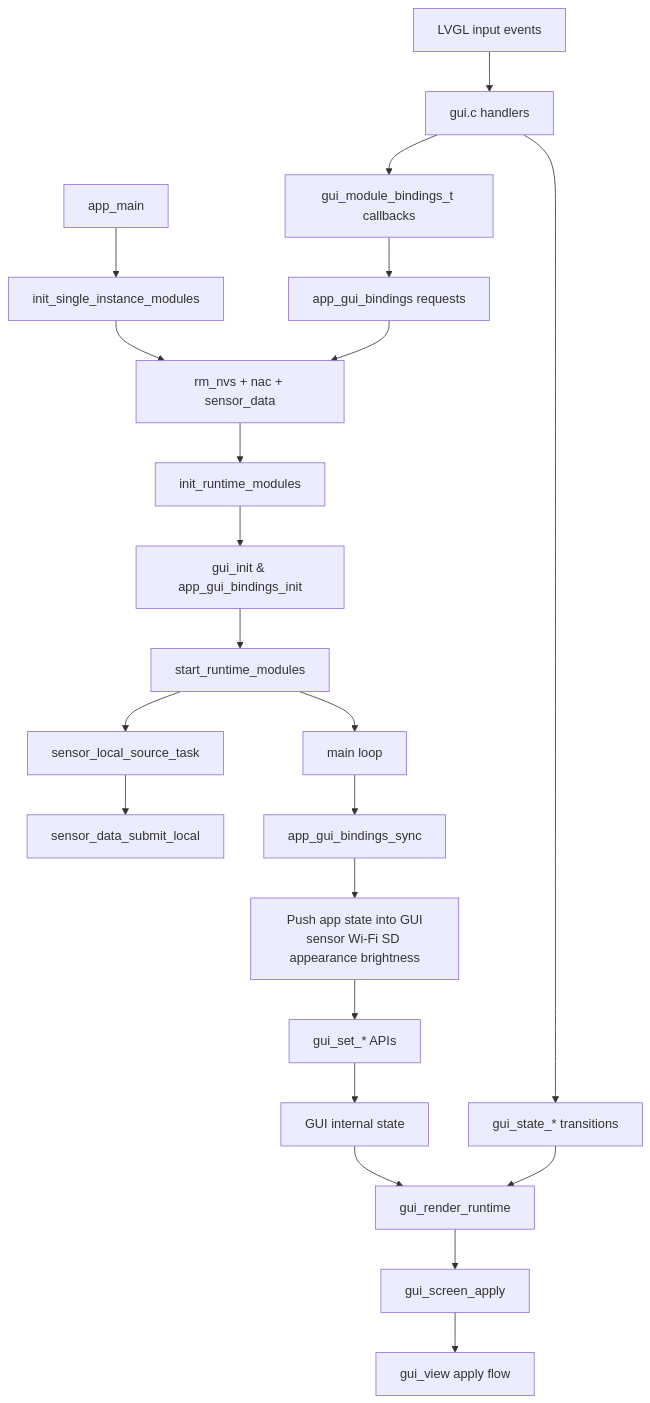
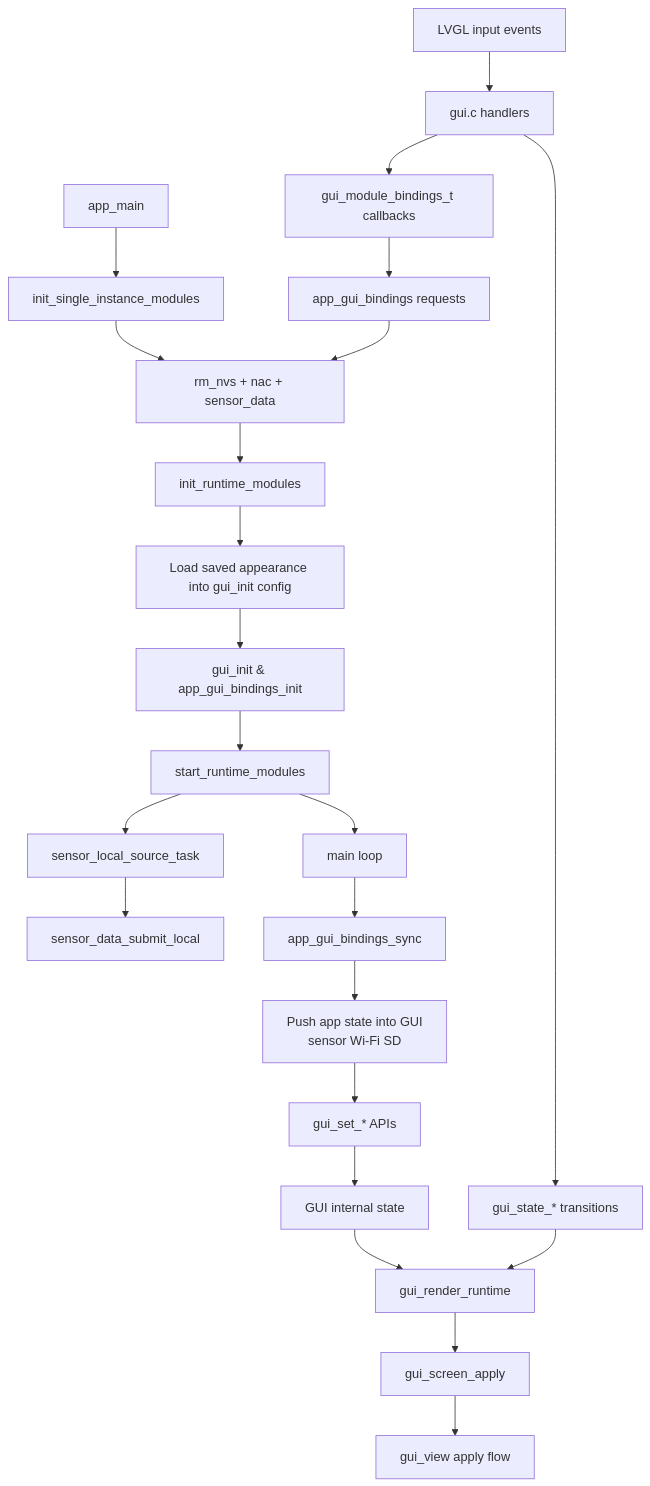
One commit to Under-Bordet-AB/redmole changed the second of 2 diagrams in components/gui/docs/gui_project_map.md. Above: the diagram before and after it, drawn with Mermaid. The commit also changed other lines of this file and 6 other files, not shown here.

Commit message:
Move gui settings loading into from start to init

````diff
--- a/components/gui/docs/gui_project_map.md
+++ b/components/gui/docs/gui_project_map.md
@@ -68,26 +68,27 @@
 ```mermaid
 flowchart TD
     boot[app_main] --> init1[init_single_instance_modules]
     init1 --> services[rm_nvs + nac + sensor_data]
     services --> init2[init_runtime_modules]
-    init2 --> guiinit[gui_init & app_gui_bindings_init]
+    init2 --> preload[Load saved appearance into gui_init config]
+    preload --> guiinit[gui_init & app_gui_bindings_init]
     guiinit --> start[start_runtime_modules]
     start --> sensorTask[sensor_local_source_task]
     start --> loop[main loop]
 
     sensorTask --> sensorData[sensor_data_submit_local]
     loop --> sync[app_gui_bindings_sync]
-    sync --> push[Push app state into GUI\nsensor Wi-Fi SD appearance brightness]
+    sync --> push[Push app state into GUI\nsensor Wi-Fi SD]
     push --> setters[gui_set_* APIs]
     setters --> state[GUI internal state]
     state --> render[gui_render_runtime]
     render --> screen[gui_screen_apply]
     screen --> view[gui_view apply flow]
 
     ui[LVGL input events] --> coordinator[gui.c handlers]
     coordinator --> transitions[gui_state_* transitions]
     transitions --> render
     coordinator --> callbacks[gui_module_bindings_t callbacks]
     callbacks --> bindingsActions[app_gui_bindings requests]
     bindingsActions --> services
 ```
````
